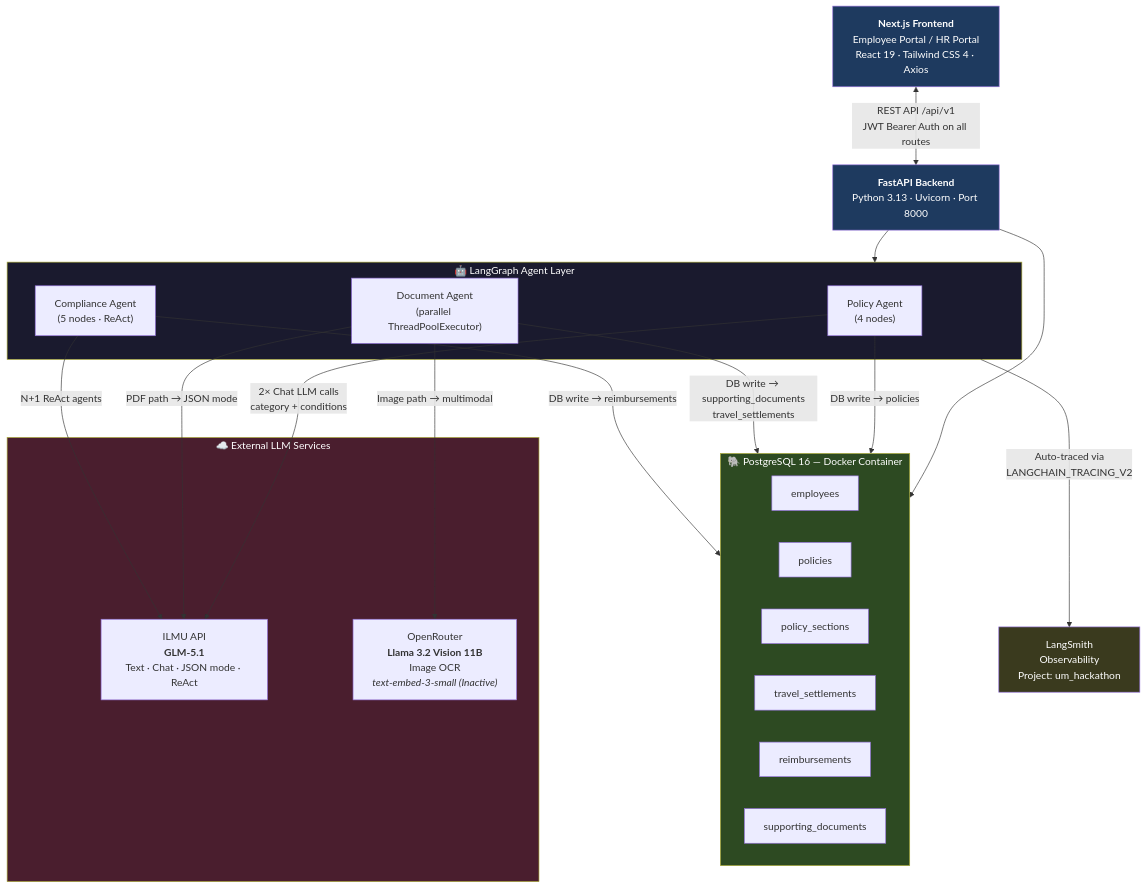
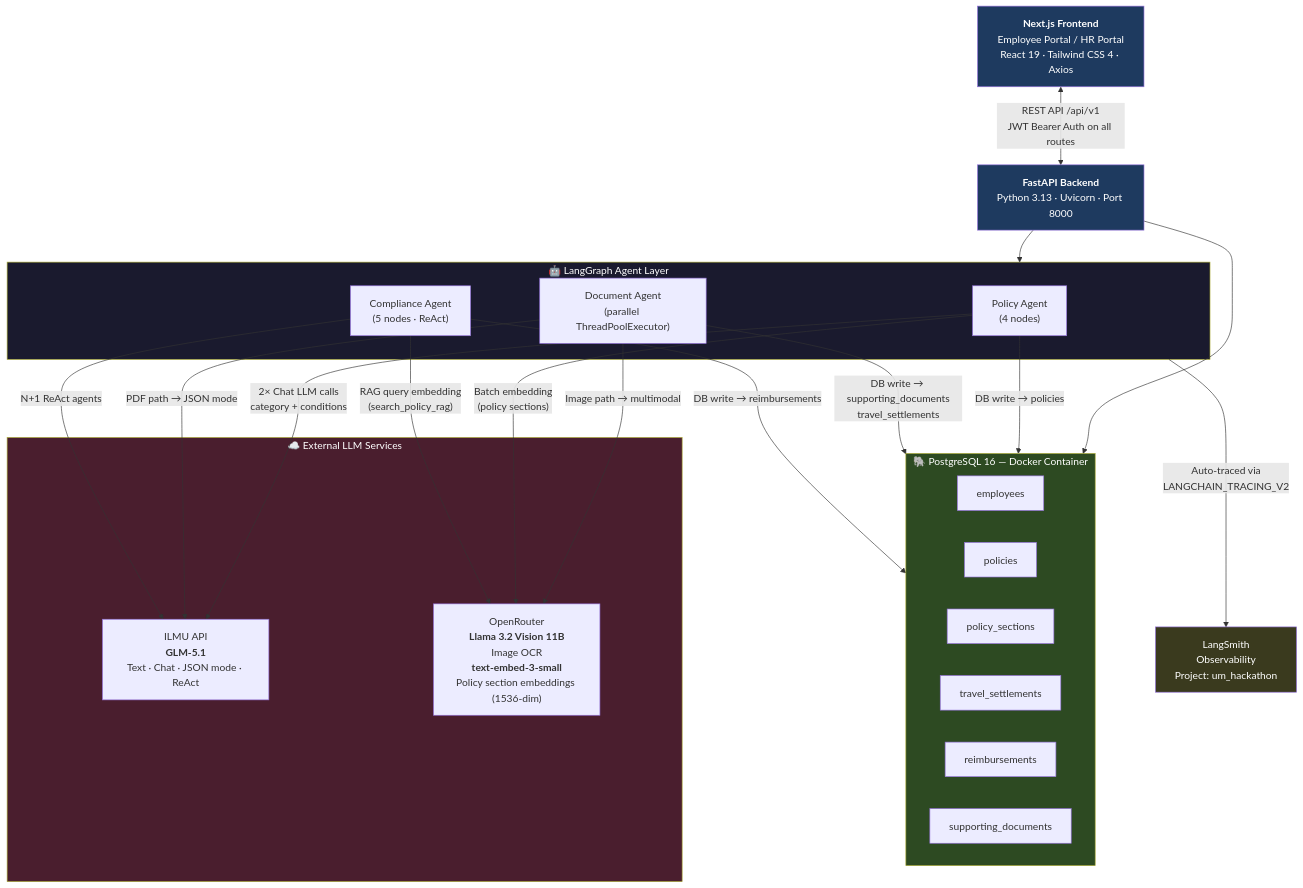
Before and after one commit to FilbertNg/reclaim_backup: the first of 6 diagrams in docs/ai-templates/sad/SAD_Mermaid_Diagram.md, drawn with Mermaid. The commit also changed other lines of this file and 6 other files, not shown here.

````diff
--- a/docs/ai-templates/sad/SAD_Mermaid_Diagram.md
+++ b/docs/ai-templates/sad/SAD_Mermaid_Diagram.md
@@ -9,48 +9,50 @@
 ```mermaid
 graph TD
     FE["<b>Next.js Frontend</b><br/>Employee Portal / HR Portal<br/>React 19 · Tailwind CSS 4 · Axios"]
     BE["<b>FastAPI Backend</b><br/>Python 3.13 · Uvicorn · Port 8000"]
 
     FE <-->|"REST API /api/v1\nJWT Bearer Auth on all routes"| BE
 
     BE --> AgentLayer
     BE --> PG
 
     subgraph AgentLayer["🤖 LangGraph Agent Layer"]
         PA["Policy Agent<br/>(4 nodes)"]
         DA["Document Agent<br/>(parallel ThreadPoolExecutor)"]
         CA["Compliance Agent<br/>(5 nodes · ReAct)"]
     end
 
     subgraph PG["🐘 PostgreSQL 16 — Docker Container"]
         T1["employees"]
         T2["policies"]
         T3["policy_sections"]
         T4["travel_settlements"]
         T5["reimbursements"]
         T6["supporting_documents"]
     end
 
     PA -->|"DB write → policies"| PG
     DA -->|"DB write → supporting_documents\ntravel_settlements"| PG
     CA -->|"DB write → reimbursements"| PG
 
     subgraph LLMServices["☁️ External LLM Services"]
         ILMU["ILMU API<br/><b>GLM-5.1</b><br/>Text · Chat · JSON mode · ReAct"]
-        OR["OpenRouter<br/><b>Llama 3.2 Vision 11B</b><br/>Image OCR<br/><i>text-embed-3-small (Inactive)</i>"]
+        OR["OpenRouter<br/><b>Llama 3.2 Vision 11B</b><br/>Image OCR<br/><b>text-embed-3-small</b><br/>Policy section embeddings (1536-dim)"]
     end
 
     PA -->|"2× Chat LLM calls\ncategory + conditions"| ILMU
     DA -->|"PDF path → JSON mode"| ILMU
     DA -->|"Image path → multimodal"| OR
+    PA -->|"Batch embedding\n(policy sections)"| OR
     CA -->|"N+1 ReAct agents"| ILMU
+    CA -->|"RAG query embedding\n(search_policy_rag)"| OR
 
     AgentLayer -->|"Auto-traced via\nLANGCHAIN_TRACING_V2"| LS["LangSmith\nObservability\nProject: um_hackathon"]
 
     style FE fill:#1e3a5f,color:#fff
     style BE fill:#1e3a5f,color:#fff
     style AgentLayer fill:#1a1a2e,color:#fff
     style PG fill:#2d4a22,color:#fff
     style LLMServices fill:#4a1e2e,color:#fff
     style LS fill:#3a3a1e,color:#fff
 ```
````
